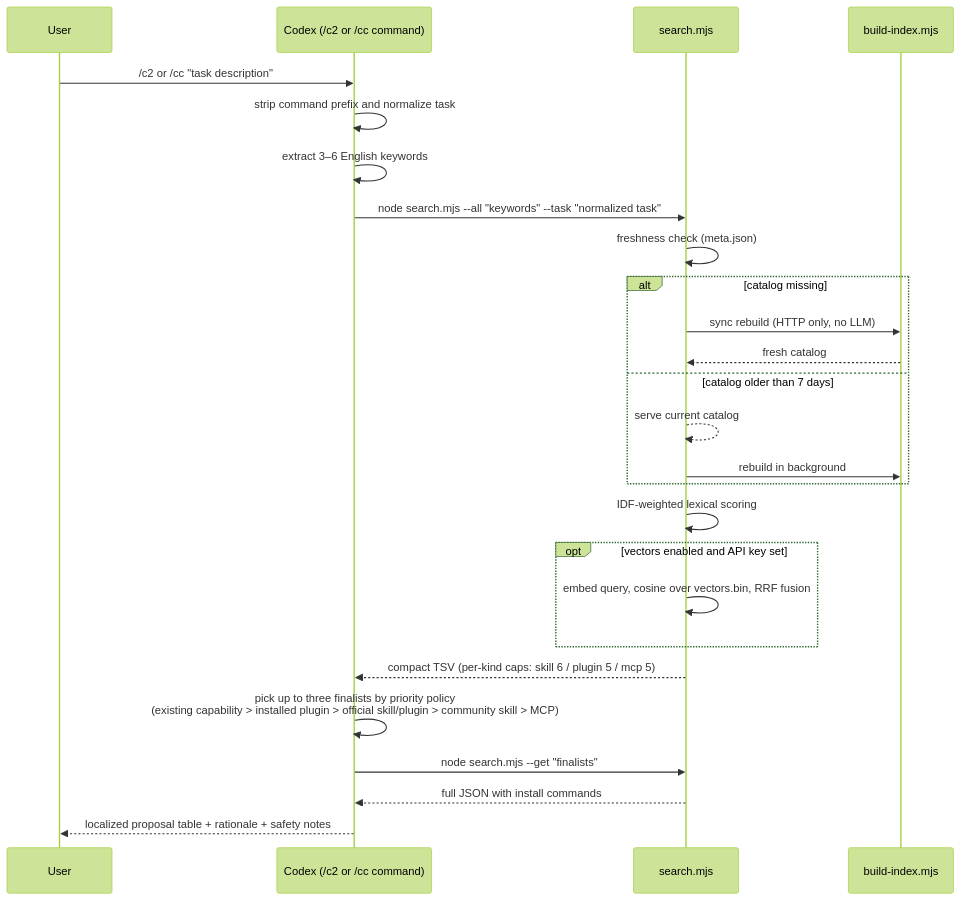
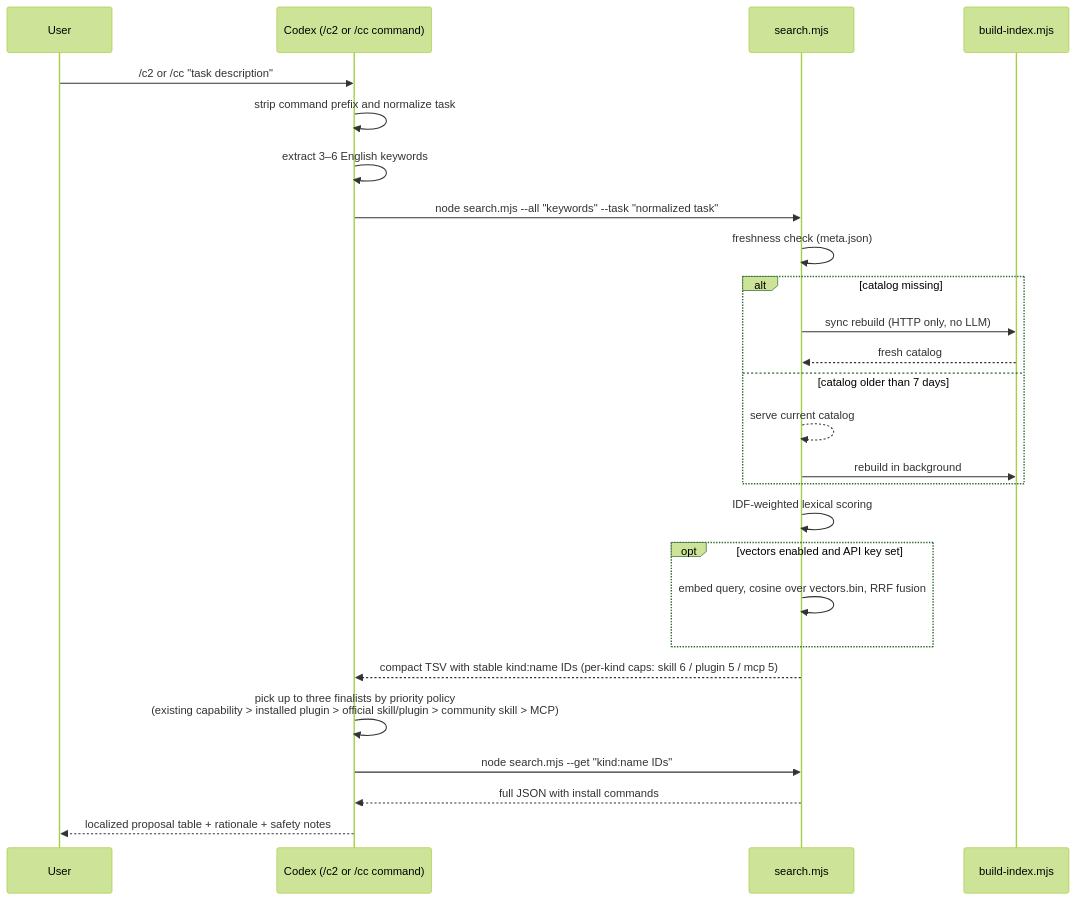
One commit to happygoluckydev/c2 changed the second of 2 diagrams in README.md. Above: the diagram before and after it, drawn with Mermaid (forest theme). The commit also changed other lines of this file and 6 other files, not shown here.

First line of the commit message:
Align catalog schema with availability/packaging and stable IDs.

````diff
--- a/README.md
+++ b/README.md
@@ -85,29 +85,29 @@
 ```mermaid
 sequenceDiagram
     participant U as User
     participant C as Codex (/c2 or /cc command)
     participant S as search.mjs
     participant B as build-index.mjs
 
     U->>C: /c2 or /cc "task description"
     C->>C: strip command prefix and normalize task
     C->>C: extract 3–6 English keywords
     C->>S: node search.mjs --all "keywords" --task "normalized task"
     S->>S: freshness check (meta.json)
     alt catalog missing
         S->>B: sync rebuild (HTTP only, no LLM)
         B-->>S: fresh catalog
     else catalog older than 7 days
         S-->>S: serve current catalog
         S->>B: rebuild in background
     end
     S->>S: IDF-weighted lexical scoring
     opt vectors enabled and API key set
         S->>S: embed query, cosine over vectors.bin, RRF fusion
     end
-    S-->>C: compact TSV (per-kind caps: skill 6 / plugin 5 / mcp 5)
+    S-->>C: compact TSV with stable kind:name IDs (per-kind caps: skill 6 / plugin 5 / mcp 5)
     C->>C: pick up to three finalists by priority policy<br/>(existing capability > installed plugin > official skill/plugin > community skill > MCP)
-    C->>S: node search.mjs --get "finalists"
+    C->>S: node search.mjs --get "kind:name IDs"
     S-->>C: full JSON with install commands
     C-->>U: localized proposal table + rationale + safety notes
 ```
````
